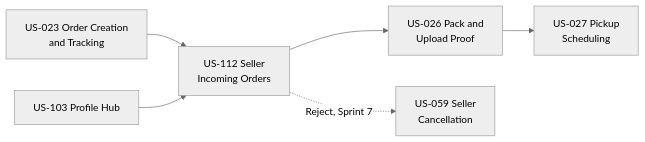
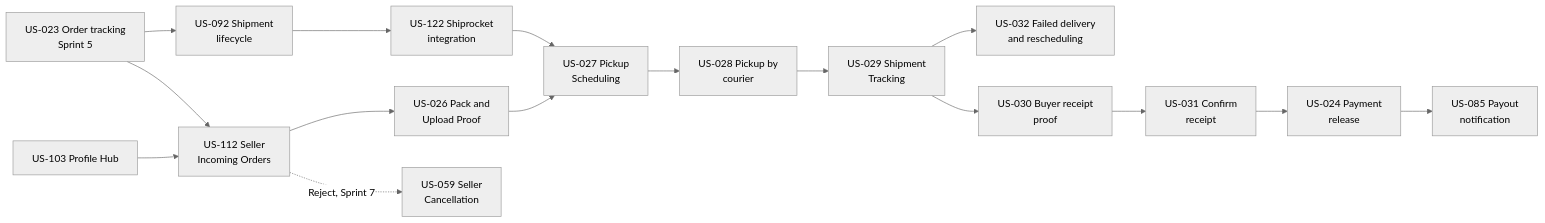
One commit to VSPL-New/Documents changed the first of 7 diagrams in LLD/Sprint-6-Shipping-Delivery-LLD.md. Above: the diagram before and after it, drawn with Mermaid (neutral theme). The commit also changed other lines of this file and 1 other file, not shown here.

Commit message:
docs(sprint-6): design all sprint 6 stories in the shipping and delivery lld

````diff
--- a/LLD/Sprint-6-Shipping-Delivery-LLD.md
+++ b/LLD/Sprint-6-Shipping-Delivery-LLD.md
@@ -34,8 +37,18 @@
 ```mermaid
 graph LR
-    US023[US-023 Order Creation<br/>and Tracking] --> US112[US-112 Seller<br/>Incoming Orders]
+    US023[US-023 Order tracking<br/>Sprint 5] --> US092[US-092 Shipment<br/>lifecycle]
+    US092 --> US122[US-122 Shiprocket<br/>integration]
+    US023 --> US112[US-112 Seller<br/>Incoming Orders]
     US103[US-103 Profile Hub] --> US112
     US112 --> US026[US-026 Pack and<br/>Upload Proof]
-    US026 --> US027[US-027 Pickup<br/>Scheduling]
+    US122 --> US027[US-027 Pickup<br/>Scheduling]
+    US026 --> US027
+    US027 --> US028[US-028 Pickup by<br/>courier]
+    US028 --> US029[US-029 Shipment<br/>Tracking]
+    US029 --> US032[US-032 Failed delivery<br/>and rescheduling]
+    US029 --> US030[US-030 Buyer receipt<br/>proof]
+    US030 --> US031[US-031 Confirm<br/>receipt]
+    US031 --> US024[US-024 Payment<br/>release]
+    US024 --> US085[US-085 Payout<br/>notification]
     US112 -. Reject, Sprint 7 .-> US059[US-059 Seller<br/>Cancellation]
 ```
````
